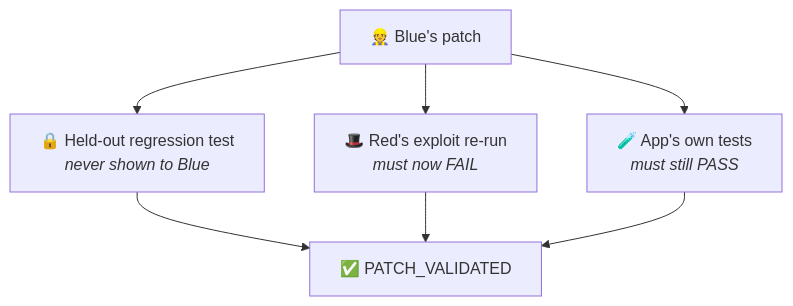
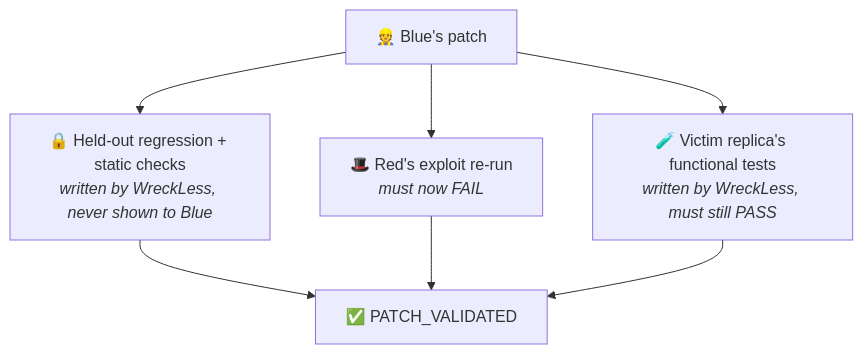
One commit to djang-c/WreckLess-Cyber-Security changed the third of 6 diagrams in README.md. Above: the diagram before and after it, drawn with Mermaid. The commit also changed other lines of this file and 21 other files, not shown here.

````diff
--- a/README.md
+++ b/README.md
@@ -77,7 +77,7 @@
 ```mermaid
 flowchart TB
-    P["👷 Blue's patch"] --> R["🔒 Held-out regression test<br/><i>never shown to Blue</i>"]
+    P["👷 Blue's patch"] --> R["🔒 Held-out regression + static checks<br/><i>written by WreckLess, never shown to Blue</i>"]
     P --> X["🎩 Red's exploit re-run<br/><i>must now FAIL</i>"]
-    P --> F["🧪 App's own tests<br/><i>must still PASS</i>"]
+    P --> F["🧪 Victim replica's functional tests<br/><i>written by WreckLess, must still PASS</i>"]
     R & X & F --> OK["✅ PATCH_VALIDATED"]
 ```
````
